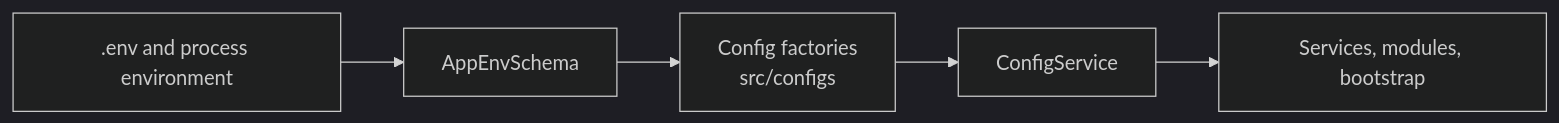
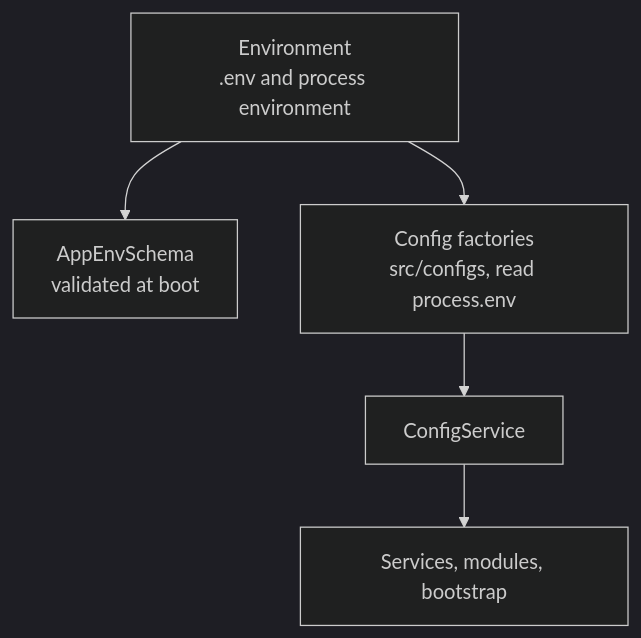
One commit to andrechristikan/ack-nestjs-boilerplate changed the diagram in docs/concepts/configuration.md. Above: the diagram before and after it, drawn with Mermaid (dark theme). The commit also changed other lines of this file and 35 other files, not shown here.

Commit message:
docs: draw every diagram top to bottom and match each to its page

````diff
--- a/docs/concepts/configuration.md
+++ b/docs/concepts/configuration.md
@@ -30,7 +32,12 @@
 ```mermaid
-flowchart LR
-    ENV[".env and process environment"] --> SCHEMA["AppEnvSchema"]
-    SCHEMA --> FACTORY["Config factories<br/>src/configs"]
-    FACTORY --> SERVICE["ConfigService"]
-    SERVICE --> CONSUMER["Services, modules, bootstrap"]
+flowchart TB
+    ENV["Environment<br/>.env and process environment"]
+    SCHEMA["AppEnvSchema<br/>validated at boot"]
+    FACTORY["Config factories<br/>src/configs, read process.env"]
+    SERVICE["ConfigService"]
+    CONSUMER["Services, modules, bootstrap"]
+    ENV --> SCHEMA
+    ENV --> FACTORY
+    FACTORY --> SERVICE
+    SERVICE --> CONSUMER
 ```
````
